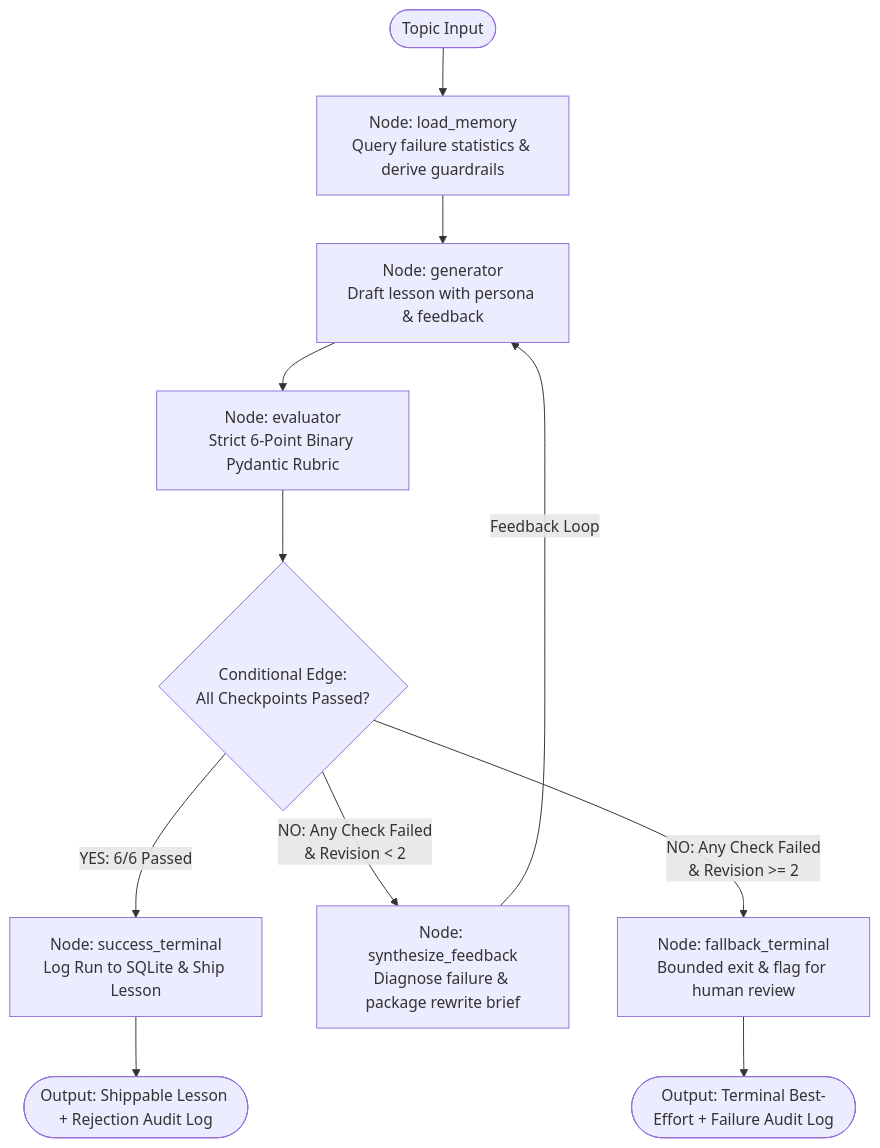
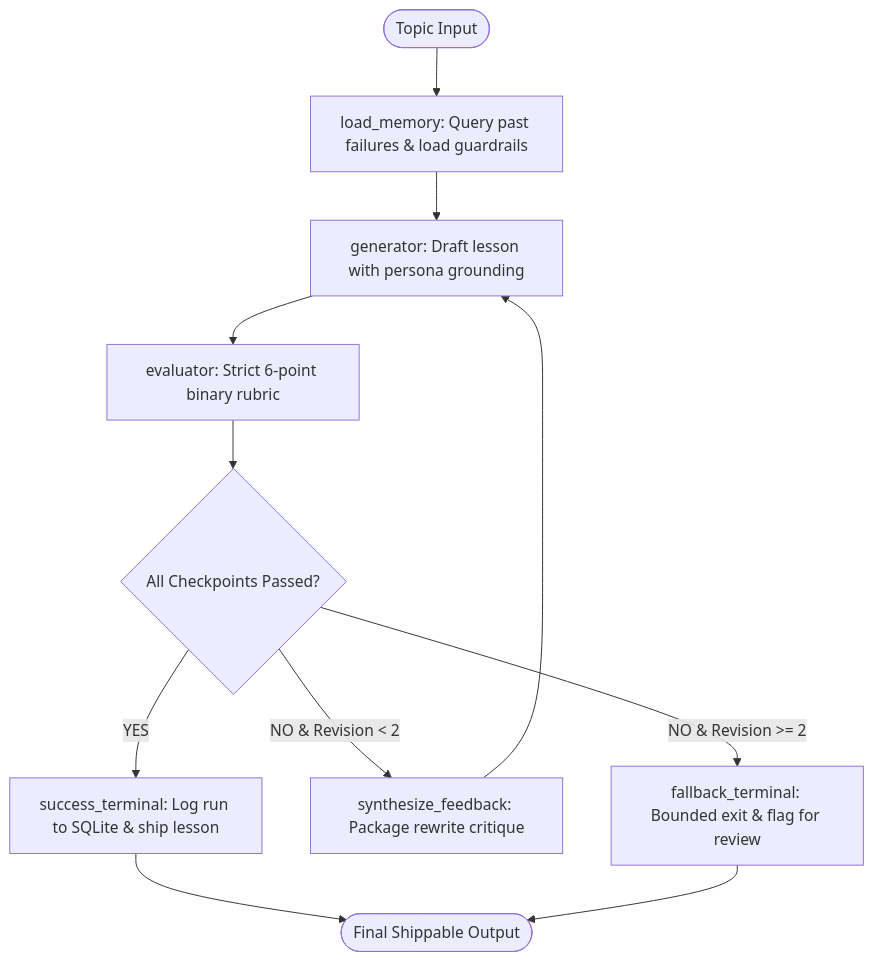
The diagram in README.md (trying777/self-evaluating-lesson-agent), drawn with Mermaid before and after one commit. The commit also changed other lines of this file, not shown here.

Commit message:
docs: streamline README to focus strictly on setup, execution, and architecture

````diff
--- a/README.md
+++ b/README.md
@@ -33,18 +78,16 @@
 ```mermaid
 flowchart TD
-    Start([Topic Input]) --> LoadMemory[Node: load_memory<br/>Query failure statistics & derive guardrails]
-    LoadMemory --> Generator[Node: generator<br/>Draft lesson with persona & feedback]
-    Generator --> Evaluator[Node: evaluator<br/>Strict 6-Point Binary Pydantic Rubric]
+    Start([Topic Input]) --> Memory[load_memory: Query past failures & load guardrails]
+    Memory --> Gen[generator: Draft lesson with persona grounding]
+    Gen --> Eval[evaluator: Strict 6-point binary rubric]
     
-    Evaluator --> Router{Conditional Edge:<br/>All Checkpoints Passed?}
+    Eval --> Router{All Checkpoints Passed?}
     
-    Router -->|YES: 6/6 Passed| SuccessTerminal[Node: success_terminal<br/>Log Run to SQLite & Ship Lesson]
+    Router -->|YES| Success[success_terminal: Log run to SQLite & ship lesson]
+    Router -->|NO & Revision < 2| Feedback[synthesize_feedback: Package rewrite critique]
+    Feedback --> Gen
+    Router -->|NO & Revision >= 2| Fallback[fallback_terminal: Bounded exit & flag for review]
     
-    Router -->|NO: Any Check Failed<br/>& Revision < 2| FeedbackSynthesizer[Node: synthesize_feedback<br/>Diagnose failure & package rewrite brief]
-    FeedbackSynthesizer -->|Feedback Loop| Generator
-    
-    Router -->|NO: Any Check Failed<br/>& Revision >= 2| FallbackTerminal[Node: fallback_terminal<br/>Bounded exit & flag for human review]
-    
-    SuccessTerminal --> FinalSuccess([Output: Shippable Lesson + Rejection Audit Log])
-    FallbackTerminal --> FinalFail([Output: Terminal Best-Effort + Failure Audit Log])
+    Success --> END([Final Shippable Output])
+    Fallback --> END
 ```
````
